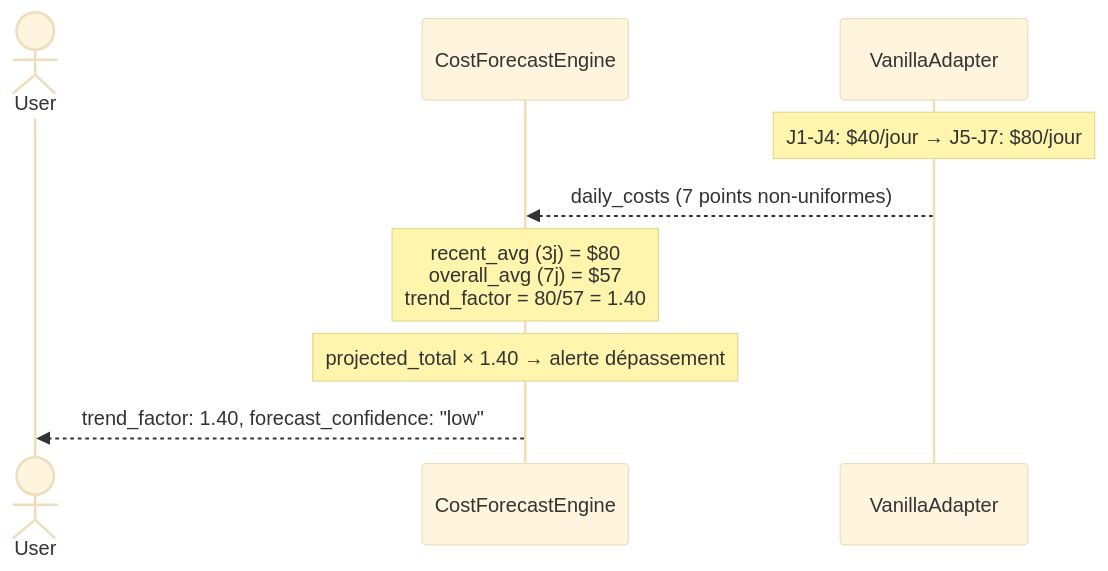
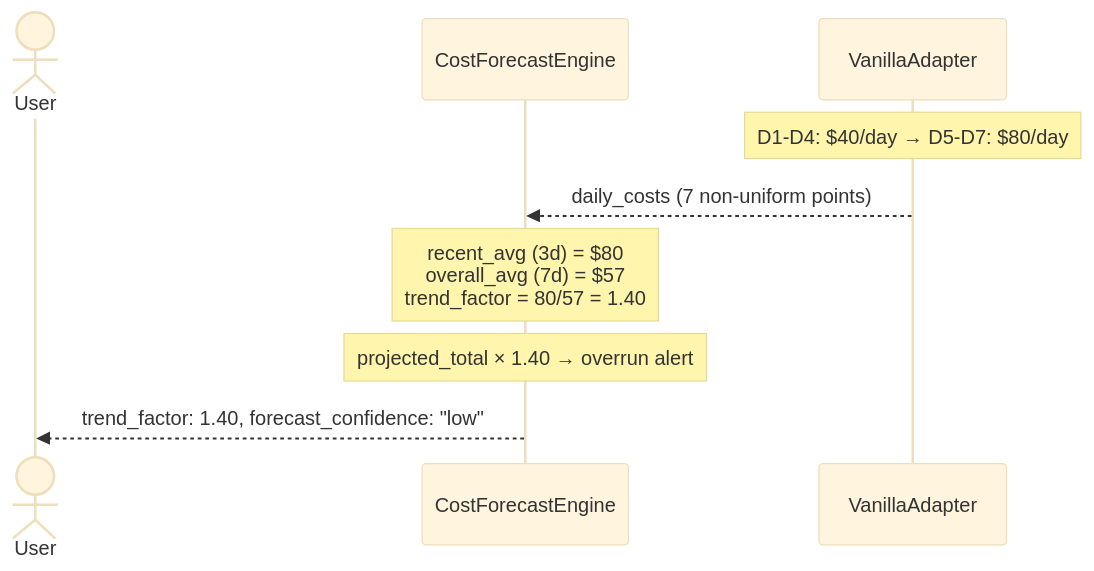
Before and after one commit to hexa-tools/hexawyn: the second of 4 diagrams in docs/use-cases/15-forecast-cost.md, drawn with Mermaid (base theme). The commit also changed other lines of this file and 53 other files, not shown here.

Commit message:
chore: refactor diagram

````diff
--- a/docs/use-cases/15-forecast-cost.md
+++ b/docs/use-cases/15-forecast-cost.md
@@ -45,12 +45,12 @@
 ```mermaid
 sequenceDiagram
     actor User
     participant Engine as CostForecastEngine
     participant Adapter as VanillaAdapter
 
-    Note over Adapter: J1-J4: $40/jour → J5-J7: $80/jour
-    Adapter-->>Engine: daily_costs (7 points non-uniformes)
-    Note over Engine: recent_avg (3j) = $80<br/>overall_avg (7j) = $57<br/>trend_factor = 80/57 = 1.40
-    Note over Engine: projected_total × 1.40 → alerte dépassement
+    Note over Adapter: D1-D4: $40/day → D5-D7: $80/day
+    Adapter-->>Engine: daily_costs (7 non-uniform points)
+    Note over Engine: recent_avg (3d) = $80<br/>overall_avg (7d) = $57<br/>trend_factor = 80/57 = 1.40
+    Note over Engine: projected_total × 1.40 → overrun alert
     Engine-->>User: trend_factor: 1.40, forecast_confidence: "low"
 ```
````
